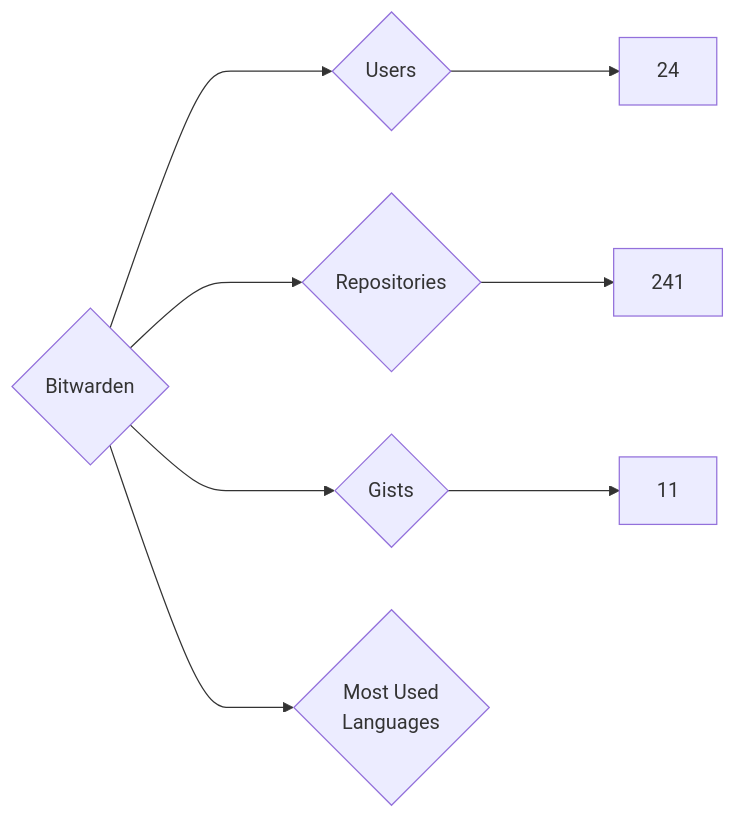
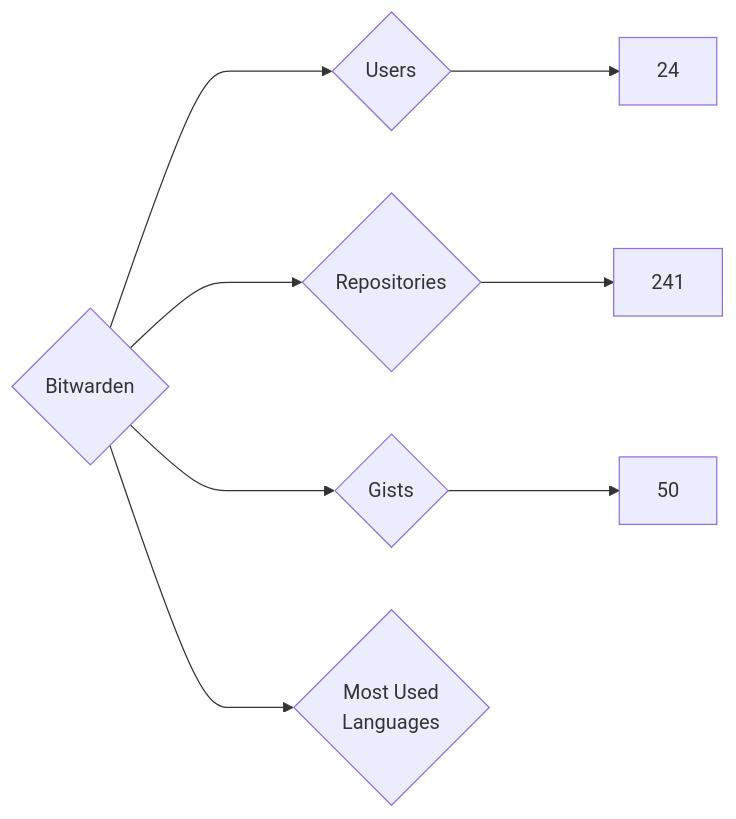
The diagram in targets/Bitwarden/README.md (nenadzaric/insiders), drawn with Mermaid before and after one commit. The commit also changed 1342 other files, not shown here.

````diff
--- a/targets/Bitwarden/README.md
+++ b/targets/Bitwarden/README.md
@@ -3,8 +3,8 @@
 ```mermaid
 graph LR
 COMPANY_NAME{Bitwarden}
 COMPANY_NAME ---> U{Users} ---> UN[24]
 COMPANY_NAME ---> R{Repositories} ---> RN[241]
-COMPANY_NAME ---> G{Gists} ---> GN[11]
+COMPANY_NAME ---> G{Gists} ---> GN[50]
 COMPANY_NAME ---> ML{Most Used<br>Languages}
 ```
````
